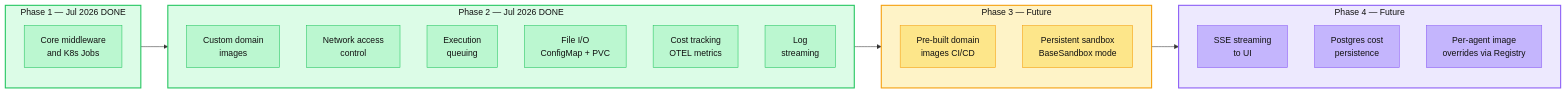
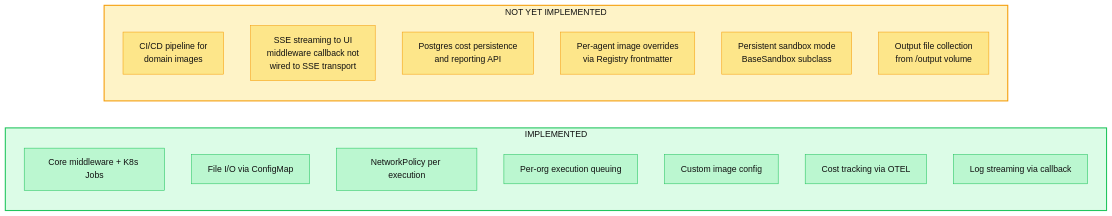
Diagram 23 of 25 in docs/superpowers/specs/2026-07-13-code-execution-middleware-design.md (redhat-data-and-ai/template-agent), drawn with Mermaid before and after one commit. The commit also changed other lines of this file, not shown here.

Commit message:
fix(docs): update roadmap based on actual code — 7 implemented, 6 future

````diff
--- a/docs/superpowers/specs/2026-07-13-code-execution-middleware-design.md
+++ b/docs/superpowers/specs/2026-07-13-code-execution-middleware-design.md
@@ -1664,45 +1664,37 @@
 ```mermaid
 flowchart LR
-    subgraph p1["Phase 1 — Jul 2026 DONE"]
-        style p1 fill:#dcfce7,stroke:#22c55e,stroke-width:2px,color:#111
-        P1A["Core middleware<br/>and K8s Jobs"]
+    subgraph done["IMPLEMENTED"]
+        style done fill:#dcfce7,stroke:#22c55e,stroke-width:2px,color:#111
+        D1["Core middleware + K8s Jobs"]
+        D2["File I/O via ConfigMap"]
+        D3["NetworkPolicy per execution"]
+        D4["Per-org execution queuing"]
+        D5["Custom image config"]
+        D6["Cost tracking via OTEL"]
+        D7["Log streaming via callback"]
     end
 
-    subgraph p2["Phase 2 — Jul 2026 DONE"]
-        style p2 fill:#dcfce7,stroke:#22c55e,stroke-width:2px,color:#111
-        P2A["Custom domain<br/>images"]
-        P2B["Network access<br/>control"]
-        P2C["Execution<br/>queuing"]
-        P2D["File I/O<br/>ConfigMap + PVC"]
-        P2E["Cost tracking<br/>OTEL metrics"]
-        P2F["Log<br/>streaming"]
+    subgraph future["NOT YET IMPLEMENTED"]
+        style future fill:#fef3c7,stroke:#f59e0b,stroke-width:2px,color:#111
+        F1["CI/CD pipeline for<br/>domain images"]
+        F2["SSE streaming to UI<br/>middleware callback not<br/>wired to SSE transport"]
+        F3["Postgres cost persistence<br/>and reporting API"]
+        F4["Per-agent image overrides<br/>via Registry frontmatter"]
+        F5["Persistent sandbox mode<br/>BaseSandbox subclass"]
+        F6["Output file collection<br/>from /output volume"]
     end
 
-    subgraph p3["Phase 3 — Future"]
-        style p3 fill:#fef3c7,stroke:#f59e0b,stroke-width:2px,color:#111
-        P3A["Pre-built domain<br/>images CI/CD"]
-        P3B["Persistent sandbox<br/>BaseSandbox mode"]
-    end
-
-    subgraph p4["Phase 4 — Future"]
-        style p4 fill:#ede9fe,stroke:#8b5cf6,stroke-width:2px,color:#111
-        P4A["SSE streaming<br/>to UI"]
-        P4B["Postgres cost<br/>persistence"]
-        P4C["Per-agent image<br/>overrides via Registry"]
-    end
-
-    p1 --> p2 --> p3 --> p4
-
-    style P1A fill:#bbf7d0,stroke:#22c55e,color:#111
-    style P2A fill:#bbf7d0,stroke:#22c55e,color:#111
-    style P2B fill:#bbf7d0,stroke:#22c55e,color:#111
-    style P2C fill:#bbf7d0,stroke:#22c55e,color:#111
-    style P2D fill:#bbf7d0,stroke:#22c55e,color:#111
-    style P2E fill:#bbf7d0,stroke:#22c55e,color:#111
-    style P2F fill:#bbf7d0,stroke:#22c55e,color:#111
-    style P3A fill:#fde68a,stroke:#f59e0b,color:#111
-    style P3B fill:#fde68a,stroke:#f59e0b,color:#111
-    style P4A fill:#c4b5fd,stroke:#8b5cf6,color:#111
-    style P4B fill:#c4b5fd,stroke:#8b5cf6,color:#111
-    style P4C fill:#c4b5fd,stroke:#8b5cf6,color:#111
+    style D1 fill:#bbf7d0,stroke:#22c55e,color:#111
+    style D2 fill:#bbf7d0,stroke:#22c55e,color:#111
+    style D3 fill:#bbf7d0,stroke:#22c55e,color:#111
+    style D4 fill:#bbf7d0,stroke:#22c55e,color:#111
+    style D5 fill:#bbf7d0,stroke:#22c55e,color:#111
+    style D6 fill:#bbf7d0,stroke:#22c55e,color:#111
+    style D7 fill:#bbf7d0,stroke:#22c55e,color:#111
+    style F1 fill:#fde68a,stroke:#f59e0b,color:#111
+    style F2 fill:#fde68a,stroke:#f59e0b,color:#111
+    style F3 fill:#fde68a,stroke:#f59e0b,color:#111
+    style F4 fill:#fde68a,stroke:#f59e0b,color:#111
+    style F5 fill:#fde68a,stroke:#f59e0b,color:#111
+    style F6 fill:#fde68a,stroke:#f59e0b,color:#111
 ```
````
